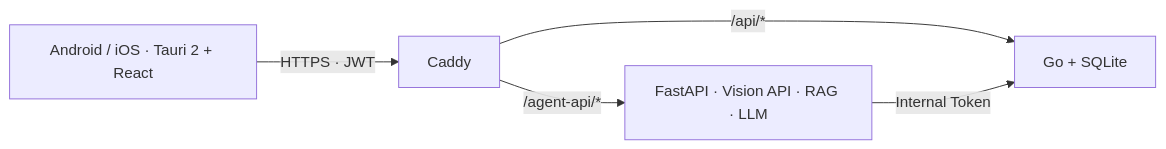
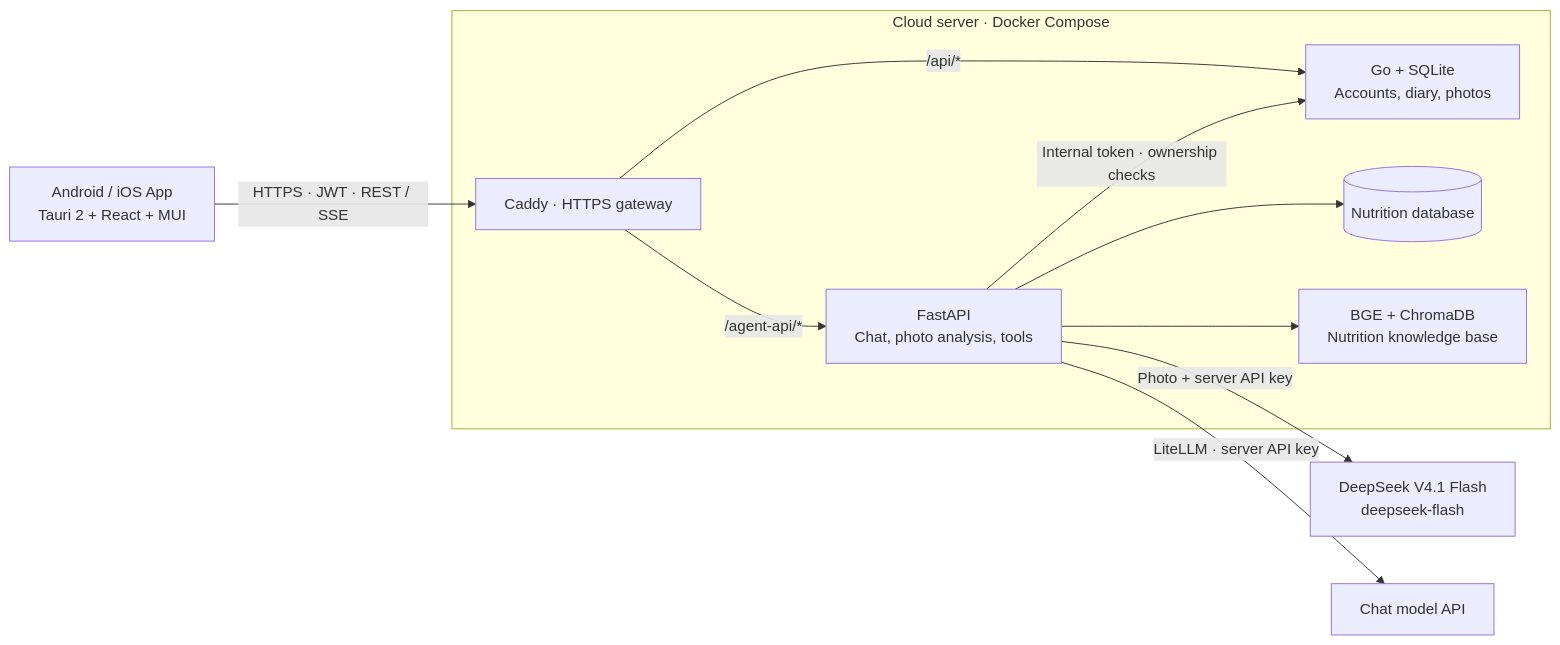
One commit to Green-hats/NutriGo changed the diagram in README.md. Above: the diagram before and after it, drawn with Mermaid. The commit also changed other lines of this file and 4 other files, not shown here.

Commit message:
docs: refresh readmes and diagrams for current mobile meal flow

````diff
--- a/README.md
+++ b/README.md
@@ -108,7 +116,19 @@
 ```mermaid
 flowchart LR
-    App[Android / iOS · Tauri 2 + React] -->|HTTPS · JWT| Caddy
-    Caddy -->|/api/*| Go[Go + SQLite]
-    Caddy -->|/agent-api/*| Agent[FastAPI · Vision API · RAG · LLM]
-    Agent -->|Internal Token| Go
+    App["Android / iOS App<br/>Tauri 2 + React + MUI"]
+    subgraph Cloud["Cloud server · Docker Compose"]
+        Caddy["Caddy · HTTPS gateway"]
+        Go["Go + SQLite<br/>Accounts, diary, photos"]
+        Agent["FastAPI<br/>Chat, photo analysis, tools"]
+        Nutrition[("Nutrition database")]
+        RAG["BGE + ChromaDB<br/>Nutrition knowledge base"]
+        Caddy -->|"/api/*"| Go
+        Caddy -->|"/agent-api/*"| Agent
+        Agent -->|"Internal token · ownership checks"| Go
+        Agent --> Nutrition
+        Agent --> RAG
+    end
+    App -->|"HTTPS · JWT · REST / SSE"| Caddy
+    Agent -->|"Photo + server API key"| Vision["DeepSeek V4.1 Flash<br/>deepseek-flash"]
+    Agent -->|"LiteLLM · server API key"| LLM["Chat model API"]
 ```
````
